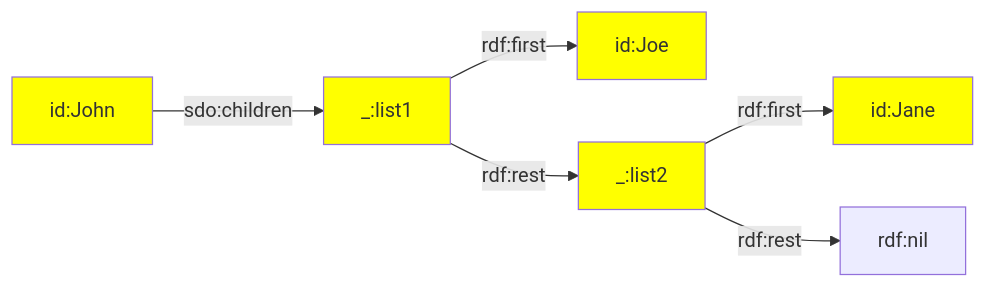
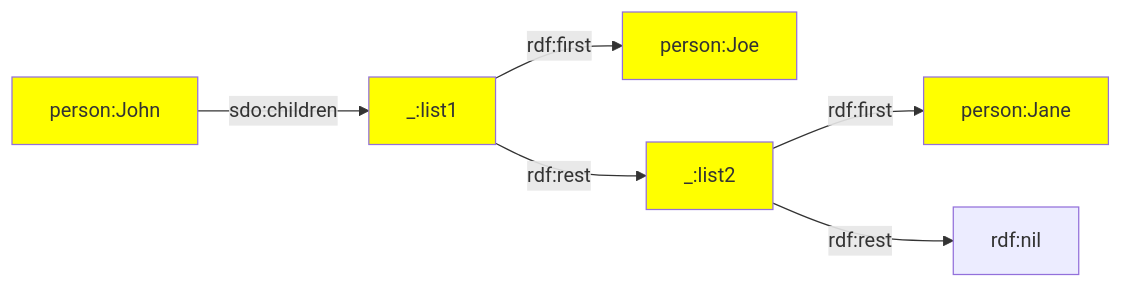
One commit to TriplyDB/Documentation changed the third of 5 diagrams in docs/triply-etl/assert/ratt/terms.md. Above: the diagram before and after it, drawn with Mermaid. The commit also changed other lines of this file and 30 other files, not shown here.

````diff
--- a/docs/triply-etl/assert/ratt/terms.md
+++ b/docs/triply-etl/assert/ratt/terms.md
@@ -201,18 +333,18 @@
 ```mermaid
 graph LR
 john -- sdo:children --> list1
 
 list1 -- rdf:first --> joe
 list1 --  rdf:rest -->  list2
 
 list2 -- rdf:first -->  jane
 list2 -- rdf:rest --> rdf:nil
 
 list1[_:list1]:::data
 list2[_:list2]:::data
-john[id:John]:::data
-joe[id:Joe]:::data
-jane[id:Jane]:::data
+john[person:John]:::data
+joe[person:Joe]:::data
+jane[person:Jane]:::data
 
 classDef data fill:yellow
 ```
````
